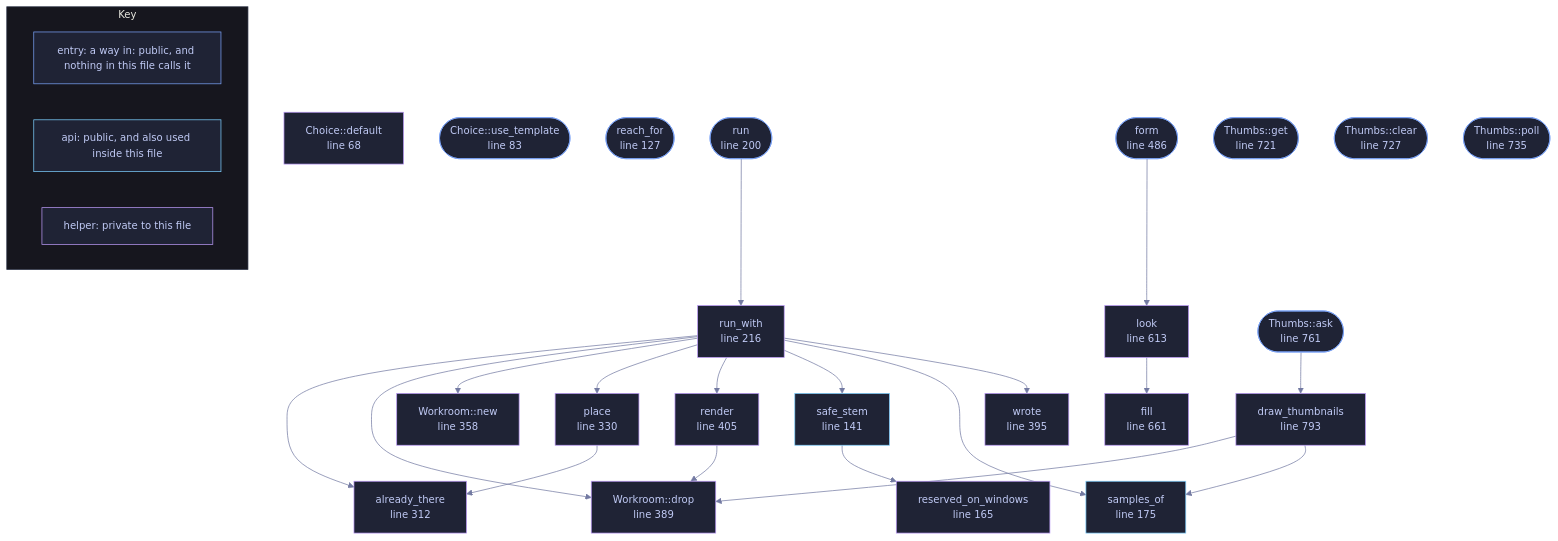
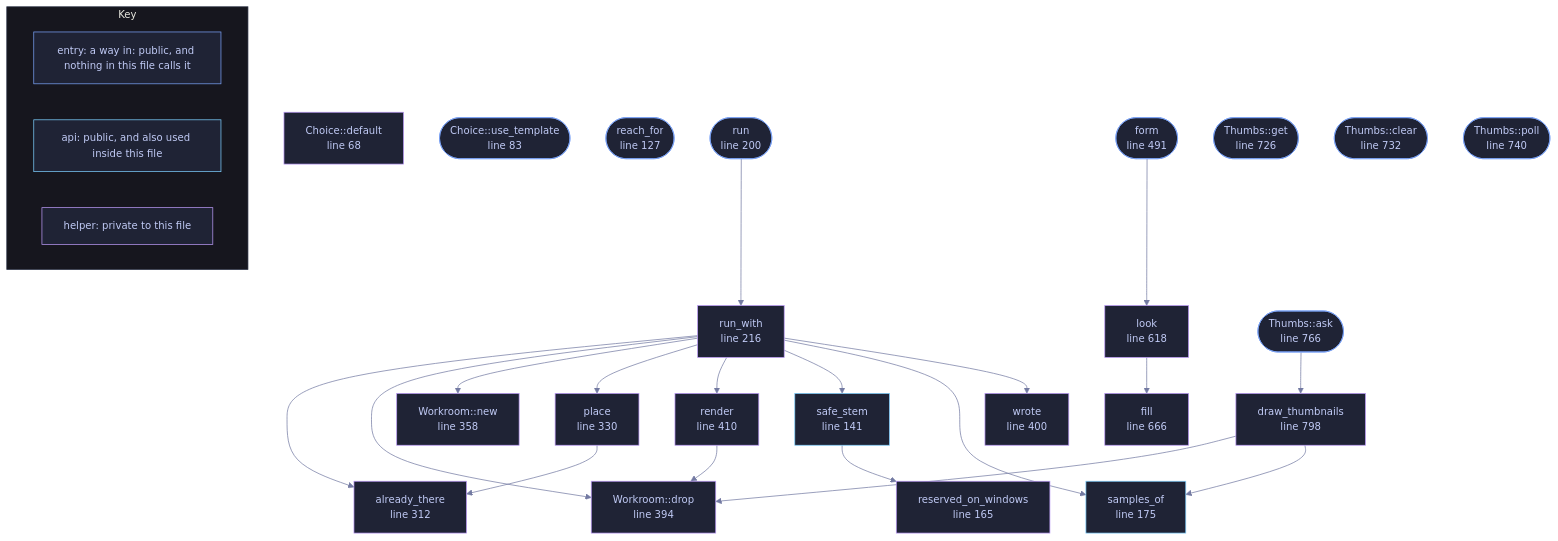
Before and after one commit to tilas01/veilvoice: the diagram in docs/files/veilvoice-gui/exporting.md, drawn with Mermaid. The commit also changed other lines of this file and 88 other files, not shown here.

````diff
--- a/docs/files/veilvoice-gui/exporting.md
+++ b/docs/files/veilvoice-gui/exporting.md
@@ -109,80 +109,80 @@
 ```mermaid
 %%{init: {"theme":"base","themeVariables":{"background":"#1a1b26","primaryColor":"#1f2335","primaryTextColor":"#c0caf5","primaryBorderColor":"#7aa2f7","secondaryColor":"#16161e","tertiaryColor":"#16161e","lineColor":"#737aa2","textColor":"#c0caf5","mainBkg":"#1f2335","nodeBorder":"#7aa2f7","clusterBkg":"#16161e","clusterBorder":"#2f3549","fontFamily":"ui-monospace, SFMono-Regular, Consolas, monospace","fontSize":"14px"}}}%%
 flowchart TD
     n_default["Choice::default<br/>line 68"]
     n_use_template(["Choice::use_template<br/>line 83"])
     n_reach_for(["reach_for<br/>line 127"])
     n_safe_stem["safe_stem<br/>line 141"]
     n_reserved_on_windows["reserved_on_windows<br/>line 165"]
     n_samples_of["samples_of<br/>line 175"]
     n_run(["run<br/>line 200"])
     n_run_with["run_with<br/>line 216"]
     n_already_there["already_there<br/>line 312"]
     n_place["place<br/>line 330"]
     n_new["Workroom::new<br/>line 358"]
-    n_drop["Workroom::drop<br/>line 389"]
-    n_wrote["wrote<br/>line 395"]
-    n_render["render<br/>line 405"]
-    n_form(["form<br/>line 486"])
-    n_look["look<br/>line 613"]
-    n_fill["fill<br/>line 661"]
-    n_get(["Thumbs::get<br/>line 721"])
-    n_clear(["Thumbs::clear<br/>line 727"])
-    n_poll(["Thumbs::poll<br/>line 735"])
-    n_ask(["Thumbs::ask<br/>line 761"])
-    n_draw_thumbnails["draw_thumbnails<br/>line 793"]
+    n_drop["Workroom::drop<br/>line 394"]
+    n_wrote["wrote<br/>line 400"]
+    n_render["render<br/>line 410"]
+    n_form(["form<br/>line 491"])
+    n_look["look<br/>line 618"]
+    n_fill["fill<br/>line 666"]
+    n_get(["Thumbs::get<br/>line 726"])
+    n_clear(["Thumbs::clear<br/>line 732"])
+    n_poll(["Thumbs::poll<br/>line 740"])
+    n_ask(["Thumbs::ask<br/>line 766"])
+    n_draw_thumbnails["draw_thumbnails<br/>line 798"]
     n_ask --> n_draw_thumbnails
     n_draw_thumbnails --> n_drop
     n_draw_thumbnails --> n_samples_of
     n_form --> n_look
     n_look --> n_fill
     n_place --> n_already_there
     n_render --> n_drop
     n_run --> n_run_with
     n_run_with --> n_already_there
     n_run_with --> n_drop
     n_run_with --> n_new
     n_run_with --> n_place
     n_run_with --> n_render
     n_run_with --> n_safe_stem
     n_run_with --> n_samples_of
     n_run_with --> n_wrote
     n_safe_stem --> n_reserved_on_windows
     click n_default href "https://github.com/tilas01/veilvoice/blob/main/crates/veilvoice-gui/src/exporting.rs#L68" "open the source"
     click n_use_template href "https://github.com/tilas01/veilvoice/blob/main/crates/veilvoice-gui/src/exporting.rs#L83" "open the source"
     click n_reach_for href "https://github.com/tilas01/veilvoice/blob/main/crates/veilvoice-gui/src/exporting.rs#L127" "open the source"
     click n_safe_stem href "https://github.com/tilas01/veilvoice/blob/main/crates/veilvoice-gui/src/exporting.rs#L141" "open the source"
     click n_reserved_on_windows href "https://github.com/tilas01/veilvoice/blob/main/crates/veilvoice-gui/src/exporting.rs#L165" "open the source"
     click n_samples_of href "https://github.com/tilas01/veilvoice/blob/main/crates/veilvoice-gui/src/exporting.rs#L175" "open the source"
     click n_run href "https://github.com/tilas01/veilvoice/blob/main/crates/veilvoice-gui/src/exporting.rs#L200" "open the source"
     click n_run_with href "https://github.com/tilas01/veilvoice/blob/main/crates/veilvoice-gui/src/exporting.rs#L216" "open the source"
     click n_already_there href "https://github.com/tilas01/veilvoice/blob/main/crates/veilvoice-gui/src/exporting.rs#L312" "open the source"
     click n_place href "https://github.com/tilas01/veilvoice/blob/main/crates/veilvoice-gui/src/exporting.rs#L330" "open the source"
     click n_new href "https://github.com/tilas01/veilvoice/blob/main/crates/veilvoice-gui/src/exporting.rs#L358" "open the source"
-    click n_drop href "https://github.com/tilas01/veilvoice/blob/main/crates/veilvoice-gui/src/exporting.rs#L389" "open the source"
-    click n_wrote href "https://github.com/tilas01/veilvoice/blob/main/crates/veilvoice-gui/src/exporting.rs#L395" "open the source"
-    click n_render href "https://github.com/tilas01/veilvoice/blob/main/crates/veilvoice-gui/src/exporting.rs#L405" "open the source"
-    click n_form href "https://github.com/tilas01/veilvoice/blob/main/crates/veilvoice-gui/src/exporting.rs#L486" "open the source"
-    click n_look href "https://github.com/tilas01/veilvoice/blob/main/crates/veilvoice-gui/src/exporting.rs#L613" "open the source"
-    click n_fill href "https://github.com/tilas01/veilvoice/blob/main/crates/veilvoice-gui/src/exporting.rs#L661" "open the source"
-    click n_get href "https://github.com/tilas01/veilvoice/blob/main/crates/veilvoice-gui/src/exporting.rs#L721" "open the source"
-    click n_clear href "https://github.com/tilas01/veilvoice/blob/main/crates/veilvoice-gui/src/exporting.rs#L727" "open the source"
-    click n_poll href "https://github.com/tilas01/veilvoice/blob/main/crates/veilvoice-gui/src/exporting.rs#L735" "open the source"
-    click n_ask href "https://github.com/tilas01/veilvoice/blob/main/crates/veilvoice-gui/src/exporting.rs#L761" "open the source"
-    click n_draw_thumbnails href "https://github.com/tilas01/veilvoice/blob/main/crates/veilvoice-gui/src/exporting.rs#L793" "open the source"
+    click n_drop href "https://github.com/tilas01/veilvoice/blob/main/crates/veilvoice-gui/src/exporting.rs#L394" "open the source"
+    click n_wrote href "https://github.com/tilas01/veilvoice/blob/main/crates/veilvoice-gui/src/exporting.rs#L400" "open the source"
+    click n_render href "https://github.com/tilas01/veilvoice/blob/main/crates/veilvoice-gui/src/exporting.rs#L410" "open the source"
+    click n_form href "https://github.com/tilas01/veilvoice/blob/main/crates/veilvoice-gui/src/exporting.rs#L491" "open the source"
+    click n_look href "https://github.com/tilas01/veilvoice/blob/main/crates/veilvoice-gui/src/exporting.rs#L618" "open the source"
+    click n_fill href "https://github.com/tilas01/veilvoice/blob/main/crates/veilvoice-gui/src/exporting.rs#L666" "open the source"
+    click n_get href "https://github.com/tilas01/veilvoice/blob/main/crates/veilvoice-gui/src/exporting.rs#L726" "open the source"
+    click n_clear href "https://github.com/tilas01/veilvoice/blob/main/crates/veilvoice-gui/src/exporting.rs#L732" "open the source"
+    click n_poll href "https://github.com/tilas01/veilvoice/blob/main/crates/veilvoice-gui/src/exporting.rs#L740" "open the source"
+    click n_ask href "https://github.com/tilas01/veilvoice/blob/main/crates/veilvoice-gui/src/exporting.rs#L766" "open the source"
+    click n_draw_thumbnails href "https://github.com/tilas01/veilvoice/blob/main/crates/veilvoice-gui/src/exporting.rs#L798" "open the source"
     classDef entry fill:#1f2335,stroke:#7aa2f7,color:#c0caf5
     class n_use_template,n_reach_for,n_run,n_form,n_get,n_clear,n_poll,n_ask entry
     classDef api fill:#1f2335,stroke:#7dcfff,color:#c0caf5
     class n_safe_stem,n_samples_of api
     classDef helper fill:#1f2335,stroke:#bb9af7,color:#c0caf5
     class n_default,n_reserved_on_windows,n_run_with,n_already_there,n_place,n_new,n_drop,n_wrote,n_render,n_look,n_fill,n_draw_thumbnails helper
     subgraph chart_key ["Key"]
         direction LR
         key_entry["entry: a way in: public, and nothing in this file calls it"]
         key_api["api: public, and also used inside this file"]
         key_helper["helper: private to this file"]
     end
     class key_entry entry
     class key_api api
     class key_helper helper
 ```
````
